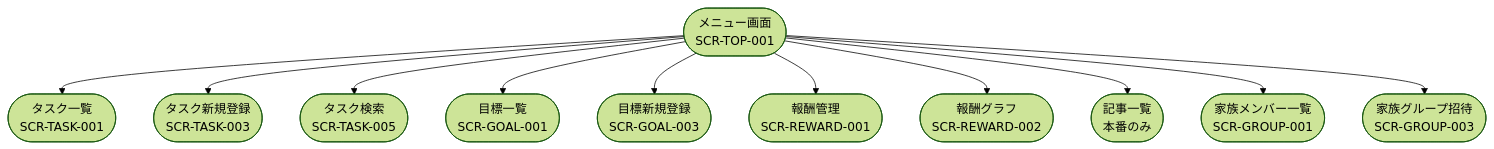
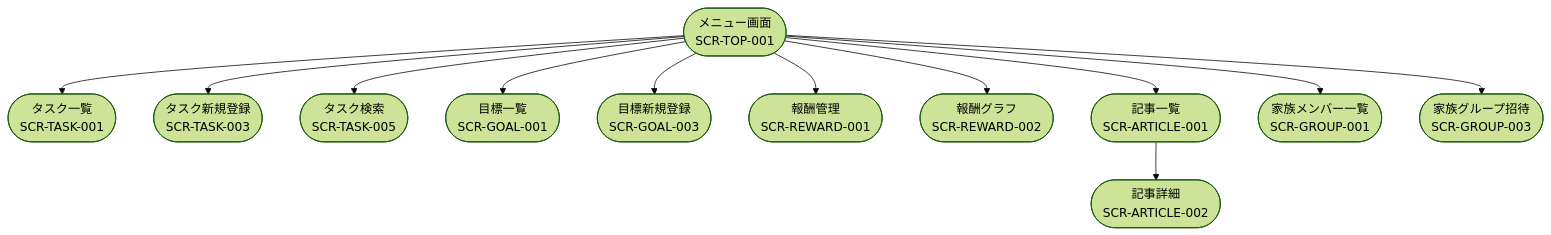
One commit to Masahiro335/fambiz-prototype changed the second of 9 diagrams in docs/design/diagrams/screen-transition.md. Above: the diagram before and after it, drawn with Mermaid (forest theme). The commit also changed other lines of this file and 2 other files, not shown here.

````diff
--- a/docs/design/diagrams/screen-transition.md
+++ b/docs/design/diagrams/screen-transition.md
@@ -30,15 +30,16 @@
 ```mermaid
 flowchart TD
     TOP([メニュー画面\nSCR-TOP-001])
 
     TOP --> T1([タスク一覧\nSCR-TASK-001])
     TOP --> T2([タスク新規登録\nSCR-TASK-003])
     TOP --> TS([タスク検索\nSCR-TASK-005])
     TOP --> G1([目標一覧\nSCR-GOAL-001])
     TOP --> G2([目標新規登録\nSCR-GOAL-003])
     TOP --> R1([報酬管理\nSCR-REWARD-001])
     TOP --> R2([報酬グラフ\nSCR-REWARD-002])
-    TOP --> A1([記事一覧\n本番のみ])
+    TOP --> A1([記事一覧\nSCR-ARTICLE-001])
+    A1 --> A2([記事詳細\nSCR-ARTICLE-002])
     TOP --> F1([家族メンバー一覧\nSCR-GROUP-001])
     TOP --> F3([家族グループ招待\nSCR-GROUP-003])
 ```
````
